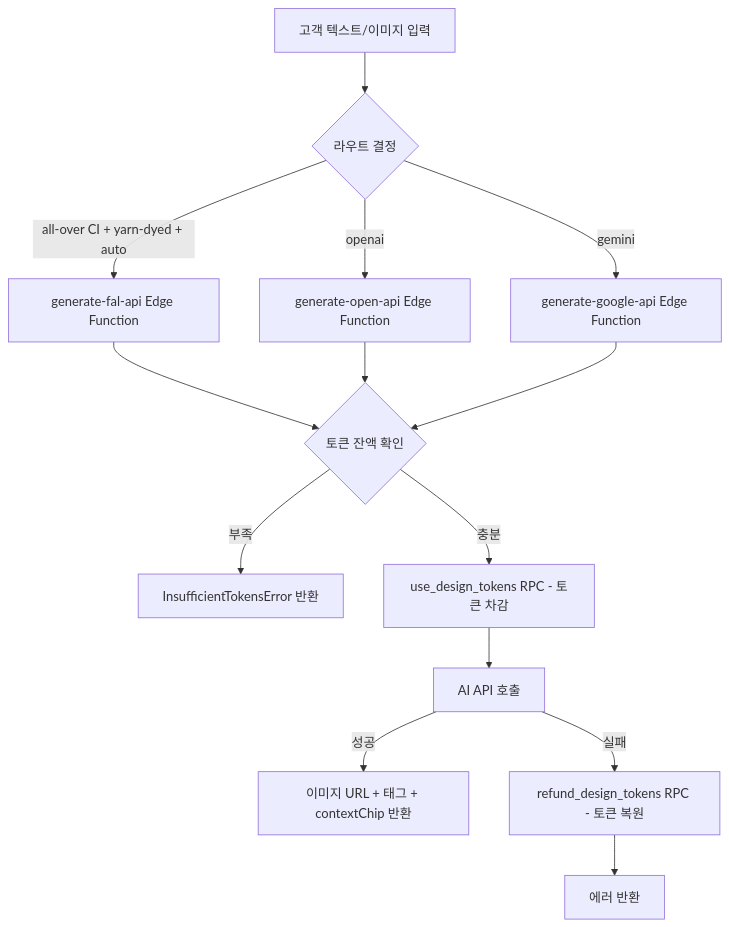
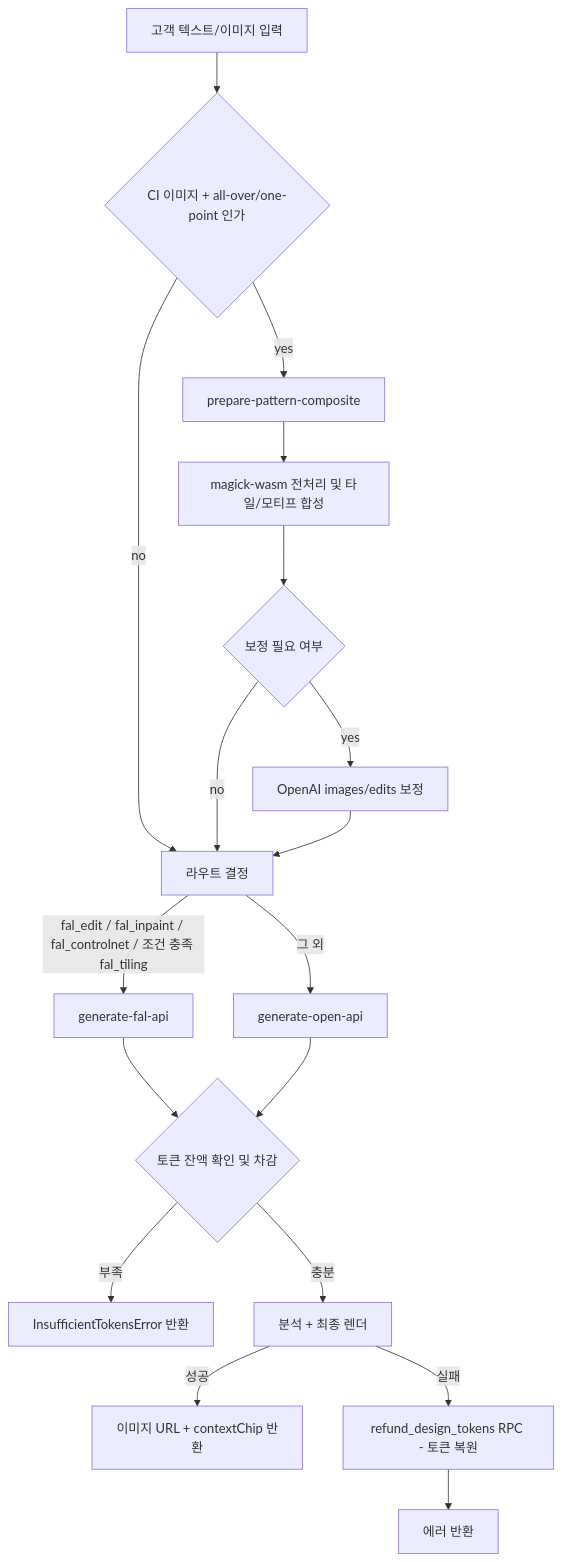
The diagram in docs/domains/design.md (Bongseop-Kim/YeongSeon), drawn with Mermaid before and after one commit. The commit also changed other lines of this file and 2 other files, not shown here.

Commit message:
docs: clarify design pipeline and agent guidance

````diff
--- a/docs/domains/design.md
+++ b/docs/domains/design.md
@@ -25,16 +25,20 @@
 ```mermaid
 flowchart TD
-    A[고객 텍스트/이미지 입력] --> B{라우트 결정}
-    B -->|all-over CI + yarn-dyed + auto| FAL[generate-fal-api Edge Function]
-    B -->|openai| C[generate-open-api Edge Function]
-    B -->|gemini| D[generate-google-api Edge Function]
-    FAL --> E{토큰 잔액 확인}
-    C --> E
-    D --> E
-    E -->|부족| F[InsufficientTokensError 반환]
-    E -->|충분| G[use_design_tokens RPC - 토큰 차감]
-    G --> H[AI API 호출]
-    H -->|성공| I[이미지 URL + 태그 + contextChip 반환]
-    H -->|실패| J[refund_design_tokens RPC - 토큰 복원]
-    J --> K[에러 반환]
+    A[고객 텍스트/이미지 입력] --> B{CI 이미지 + all-over/one-point 인가}
+    B -->|yes| C[prepare-pattern-composite]
+    B -->|no| D[라우트 결정]
+    C --> E[magick-wasm 전처리 및 타일/모티프 합성]
+    E --> F{보정 필요 여부}
+    F -->|yes| G[OpenAI images/edits 보정]
+    F -->|no| D
+    G --> D
+    D -->|fal_edit / fal_inpaint / fal_controlnet / 조건 충족 fal_tiling| H[generate-fal-api]
+    D -->|그 외| I[generate-open-api]
+    H --> J{토큰 잔액 확인 및 차감}
+    I --> J
+    J -->|부족| K[InsufficientTokensError 반환]
+    J -->|충분| L[분석 + 최종 렌더]
+    L -->|성공| M[이미지 URL + contextChip 반환]
+    L -->|실패| N[refund_design_tokens RPC - 토큰 복원]
+    N --> O[에러 반환]
 ```
````
